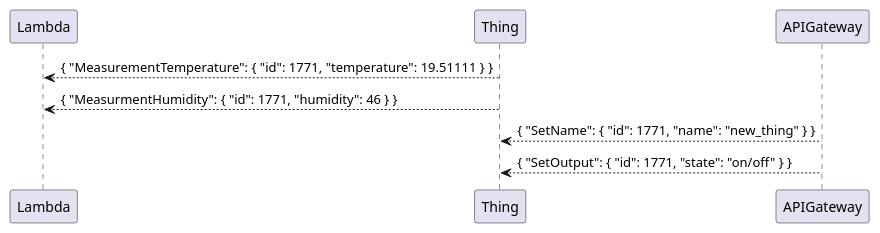
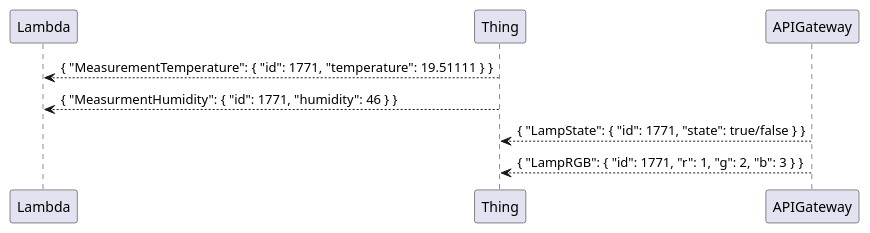
The diagram in topics/thing_input.puml (rust-iot-things/protocol), drawn with PlantUML before and after one commit. The commit also changed 2 other files, not shown here.

Commit message:
add Lamp to readme

```diff
--- a/topics/thing_input.puml
+++ b/topics/thing_input.puml
@@ -1,9 +1,10 @@
 @startuml thing_input
 
 Lambda <-- Thing: { "MeasurementTemperature": { "id": 1771, "temperature": 19.51111 } }
 Lambda <-- Thing: { "MeasurmentHumidity": { "id": 1771, "humidity": 46 } }
 
-APIGateway --> Thing: { "SetName": { "id": 1771, "name": "new_thing" } }
-APIGateway --> Thing: { "SetOutput": { "id": 1771, "state": "on/off" } }
+' APIGateway --> Thing: { "SetName": { "id": 1771, "name": "new_thing" } }
+APIGateway --> Thing: { "LampState": { "id": 1771, "state": true/false } }
+APIGateway --> Thing: { "LampRGB": { "id": 1771, "r": 1, "g": 2, "b": 3 } }
 
 @enduml
```
